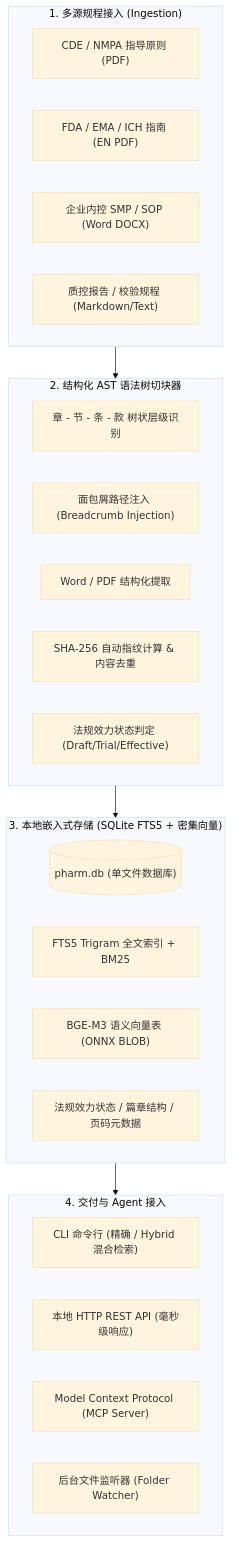
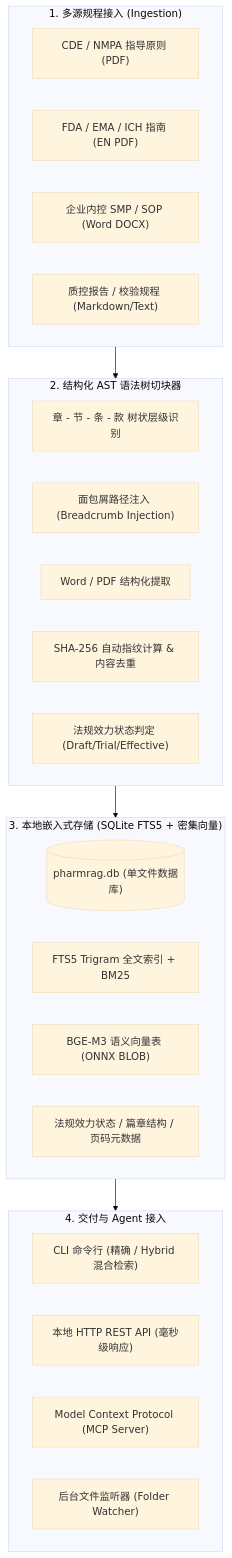
The diagram in README.md (molezz/Pharm-RAG), drawn with Mermaid (base theme) before and after one commit. The commit also changed other lines of this file and 8 other files, not shown here.

````diff
--- a/README.md
+++ b/README.md
@@ -31,35 +31,35 @@
 ```mermaid
 flowchart TD
     subgraph Sources["1. 多源规程接入 (Ingestion)"]
         S1["CDE / NMPA 指导原则 (PDF)"]
         S2["FDA / EMA / ICH 指南 (EN PDF)"]
         S3["企业内控 SMP / SOP (Word DOCX)"]
         S4["质控报告 / 校验规程 (Markdown/Text)"]
     end
 
     subgraph Parser["2. 结构化 AST 语法树切块器"]
         P1["章 - 节 - 条 - 款 树状层级识别"]
         P2["面包屑路径注入 (Breadcrumb Injection)"]
         P3["Word / PDF 结构化提取"]
         P4["SHA-256 自动指纹计算 & 内容去重"]
         P5["法规效力状态判定 (Draft/Trial/Effective)"]
     end
 
     subgraph Storage["3. 本地嵌入式存储 (SQLite FTS5 + 密集向量)"]
-        DB[("pharm.db (单文件数据库)")]
+        DB[("pharmrag.db (单文件数据库)")]
         FTS["FTS5 Trigram 全文索引 + BM25"]
         VEC["BGE-M3 语义向量表 (ONNX BLOB)"]
         META["法规效力状态 / 篇章结构 / 页码元数据"]
     end
 
     subgraph Interfaces["4. 交付与 Agent 接入"]
         CLI["CLI 命令行 (精确 / Hybrid 混合检索)"]
         REST["本地 HTTP REST API (毫秒级响应)"]
         MCP["Model Context Protocol (MCP Server)"]
         WATCH["后台文件监听器 (Folder Watcher)"]
     end
 
     Sources --> Parser
     Parser --> Storage
     Storage --> Interfaces
 ```
````
